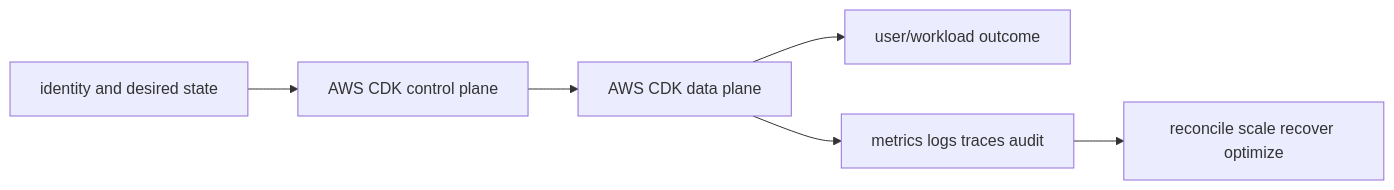
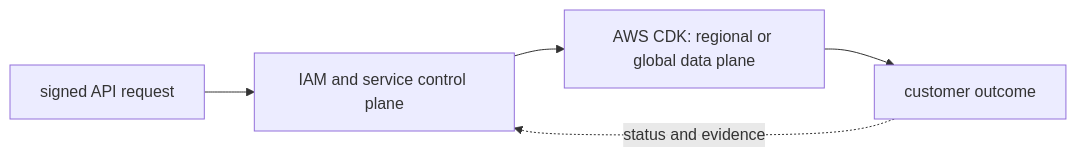
Before and after one commit to tomkidumbuyo/DevOps-interview-preparation: the diagram in 07-aws/10-infrastructure-delivery/02-cdk/README.md, drawn with Mermaid. The commit also changed other lines of this file and 753 other files, not shown here.

````diff
--- a/07-aws/10-infrastructure-delivery/02-cdk/README.md
+++ b/07-aws/10-infrastructure-delivery/02-cdk/README.md
@@ -19,8 +31,7 @@
 ```mermaid
 flowchart LR
-  I[identity and desired state] --> C[AWS CDK control plane]
-  C --> D[AWS CDK data plane]
-  D --> U[user/workload outcome]
-  D --> O[metrics logs traces audit]
-  O --> R[reconcile scale recover optimize]
+  A["signed API request"] --> B["IAM and service control plane"]
+  B --> C["AWS CDK: regional or global data plane"]
+  C --> D["customer outcome"]
+  D -. "status and evidence" .-> B
 ```
````
